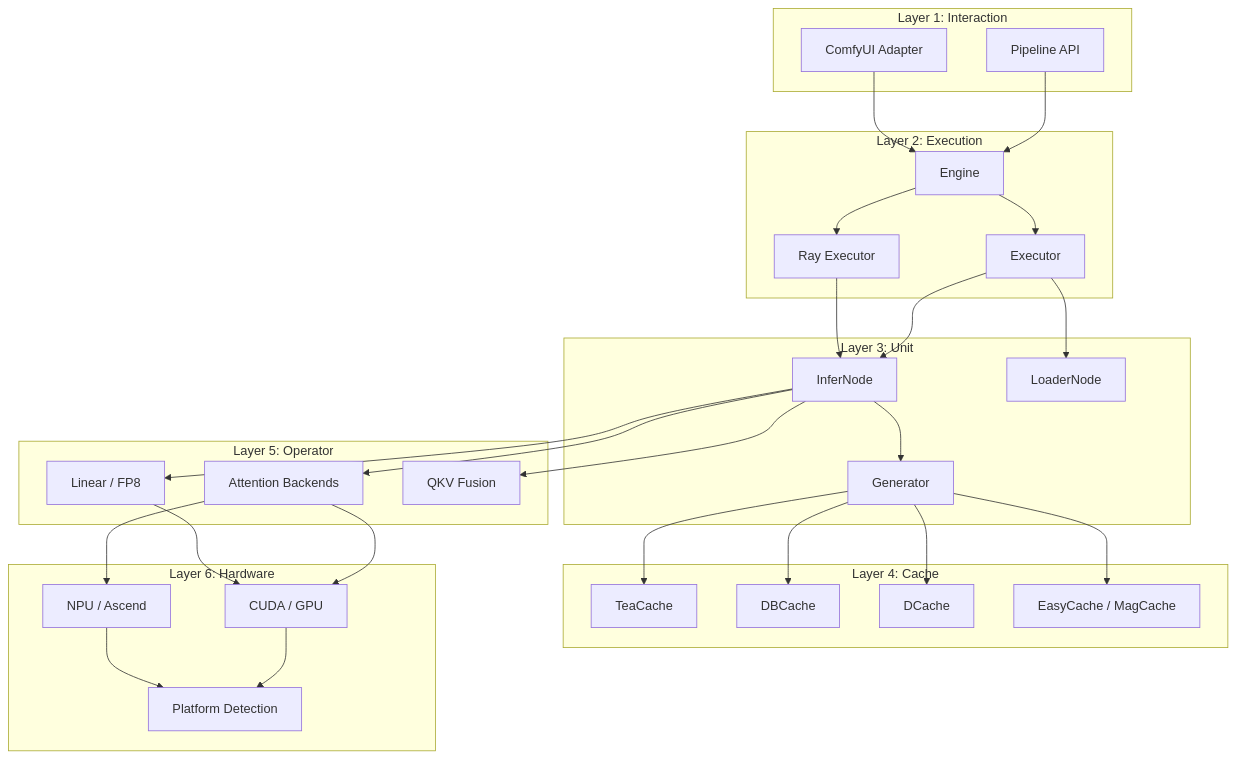
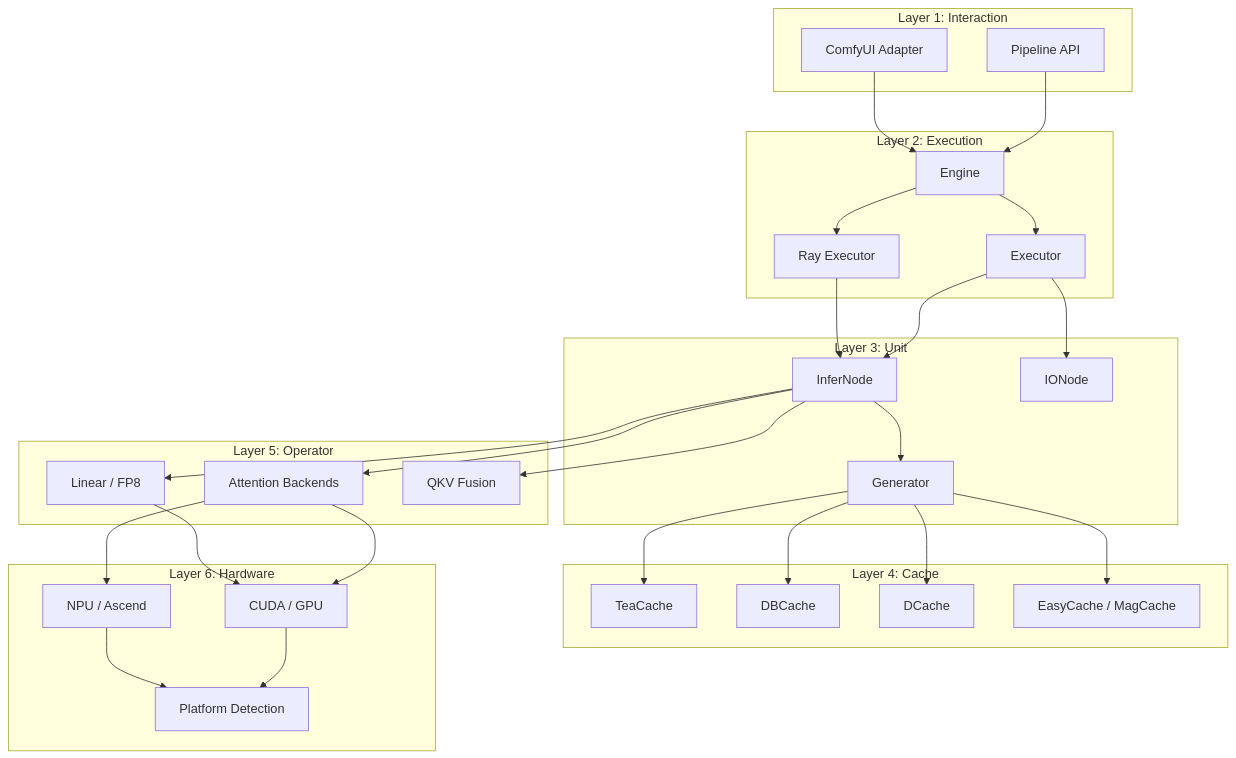
Before and after one commit to Tencent/KsanaDiT: the first of 2 diagrams in docs/architecture.md, drawn with Mermaid. The commit also changed other lines of this file and 55 other files, not shown here.

````diff
--- a/docs/architecture.md
+++ b/docs/architecture.md
@@ -7,59 +7,59 @@
 ```mermaid
 graph TB
     subgraph "Layer 1: Interaction"
         A1[Pipeline API]
         A2[ComfyUI Adapter]
     end
 
     subgraph "Layer 2: Execution"
         B1[Engine]
         B2[Executor]
         B3[Ray Executor]
     end
 
     subgraph "Layer 3: Unit"
         C1[InferNode]
-        C2[LoaderNode]
+        C2[IONode]
         C3[Generator]
     end
 
     subgraph "Layer 4: Cache"
         D1[TeaCache]
         D2[DBCache]
         D3[DCache]
         D4[EasyCache / MagCache]
     end
 
     subgraph "Layer 5: Operator"
         E1[Attention Backends]
         E2[Linear / FP8]
         E3[QKV Fusion]
     end
 
     subgraph "Layer 6: Hardware"
         F1[CUDA / GPU]
         F2[NPU / Ascend]
         F3[Platform Detection]
     end
 
     A1 --> B1
     A2 --> B1
     B1 --> B2
     B1 --> B3
     B2 --> C1
     B2 --> C2
     B3 --> C1
     C1 --> C3
     C3 --> D1
     C3 --> D2
     C3 --> D3
     C3 --> D4
     C1 --> E1
     C1 --> E2
     C1 --> E3
     E1 --> F1
     E1 --> F2
     E2 --> F1
     F1 --> F3
     F2 --> F3
 ```
````
